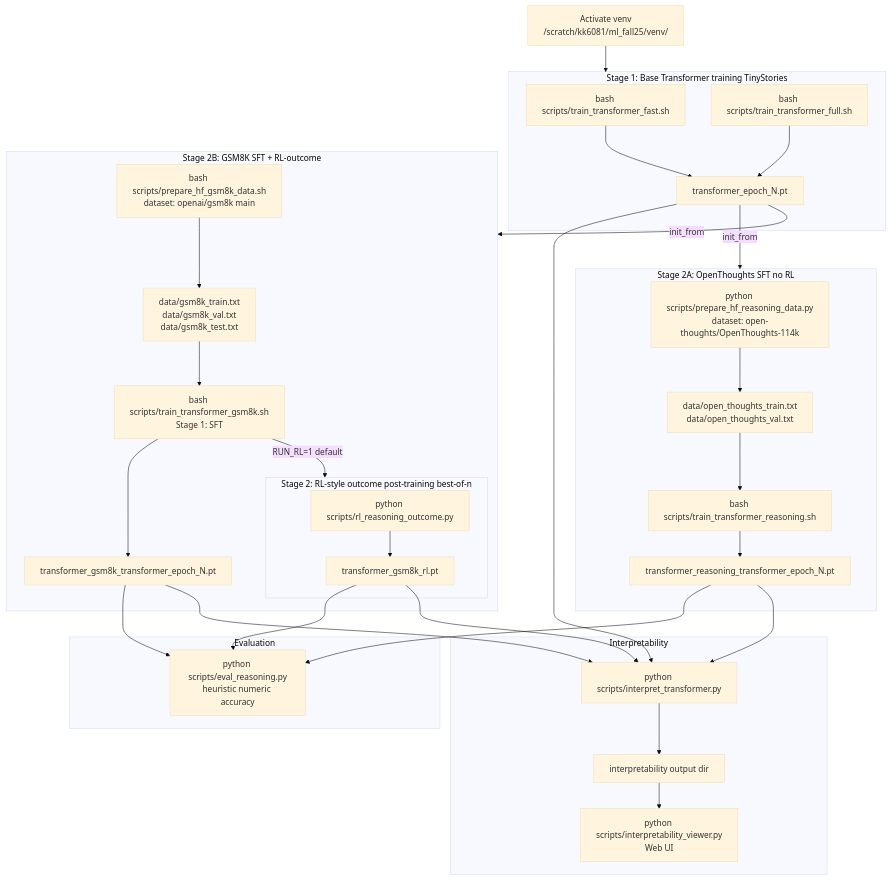
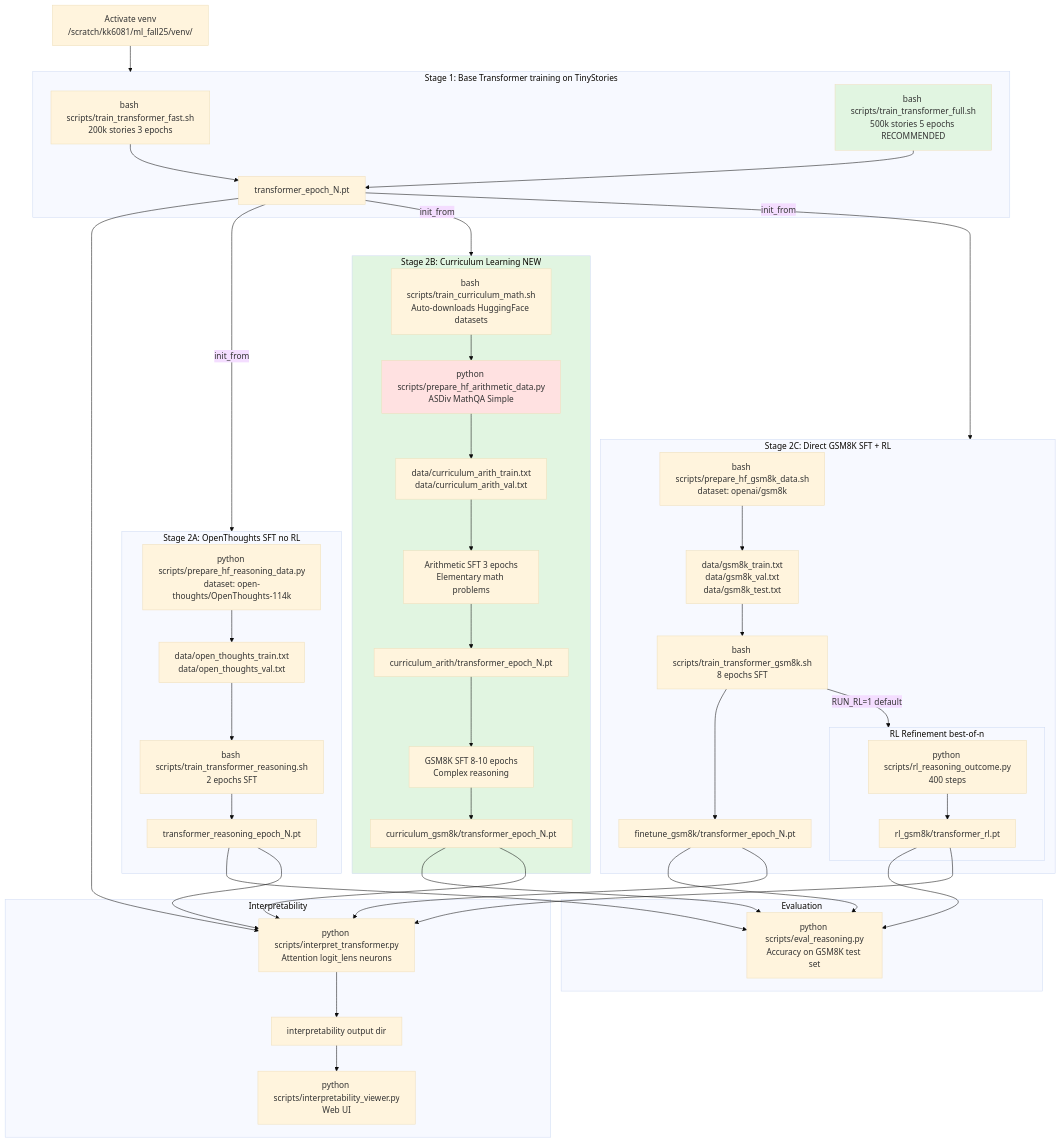
One commit to FruitPnchSamuraiG/pico-llm changed the diagram in README.md. Above: the diagram before and after it, drawn with Mermaid (base theme). The commit also changed other lines of this file, not shown here.

````diff
--- a/README.md
+++ b/README.md
@@ -10,47 +10,66 @@
 ```mermaid
 flowchart TD
   VENV[Activate venv<br/>/scratch/kk6081/ml_fall25/venv/] --> BASE
 
-  subgraph BASE["Stage 1: Base Transformer training TinyStories"]
-    TFAST[bash scripts/train_transformer_fast.sh] --> CKPT1[transformer_epoch_N.pt]
-    TFULL[bash scripts/train_transformer_full.sh] --> CKPT1
+  subgraph BASE["Stage 1: Base Transformer training on TinyStories"]
+    TFAST[bash scripts/train_transformer_fast.sh<br/>200k stories 3 epochs]
+    TFULL[bash scripts/train_transformer_full.sh<br/>500k stories 5 epochs RECOMMENDED]
+    TFAST --> CKPT1[transformer_epoch_N.pt]
+    TFULL --> CKPT1
   end
 
   CKPT1 -->|init_from| OT
+  CKPT1 -->|init_from| CURR
   CKPT1 -->|init_from| GSM
 
   subgraph OT["Stage 2A: OpenThoughts SFT no RL"]
     OTDATA[python scripts/prepare_hf_reasoning_data.py<br/>dataset: open-thoughts/OpenThoughts-114k] --> OTFILES[data/open_thoughts_train.txt<br/>data/open_thoughts_val.txt]
-    OTSFT[bash scripts/train_transformer_reasoning.sh] --> OTCKPT[transformer_reasoning_transformer_epoch_N.pt]
+    OTSFT[bash scripts/train_transformer_reasoning.sh<br/>2 epochs SFT] --> OTCKPT[transformer_reasoning_epoch_N.pt]
     OTFILES --> OTSFT
   end
 
-  subgraph GSM["Stage 2B: GSM8K SFT + RL-outcome"]
-    GSM_PREP[bash scripts/prepare_hf_gsm8k_data.sh<br/>dataset: openai/gsm8k main] --> GSMFILES[data/gsm8k_train.txt<br/>data/gsm8k_val.txt<br/>data/gsm8k_test.txt]
-    GSMSFT[bash scripts/train_transformer_gsm8k.sh<br/>Stage 1: SFT] --> GSMCKPT[transformer_gsm8k_transformer_epoch_N.pt]
+  subgraph CURR["Stage 2B: Curriculum Learning NEW"]
+    CURDATA[bash scripts/train_curriculum_math.sh<br/>Auto-downloads HuggingFace datasets]
+    CURDATA --> ARITHDATA[python scripts/prepare_hf_arithmetic_data.py<br/>ASDiv MathQA Simple]
+    ARITHDATA --> ARITHFILES[data/curriculum_arith_train.txt<br/>data/curriculum_arith_val.txt]
+    ARITHFILES --> ARITHSFT[Arithmetic SFT 3 epochs<br/>Elementary math problems]
+    ARITHSFT --> ARITHCKPT[curriculum_arith/transformer_epoch_N.pt]
+    ARITHCKPT --> CURRGSM[GSM8K SFT 8-10 epochs<br/>Complex reasoning]
+    CURRGSM --> CURRCKPT[curriculum_gsm8k/transformer_epoch_N.pt]
+  end
+
+  subgraph GSM["Stage 2C: Direct GSM8K SFT + RL"]
+    GSM_PREP[bash scripts/prepare_hf_gsm8k_data.sh<br/>dataset: openai/gsm8k] --> GSMFILES[data/gsm8k_train.txt<br/>data/gsm8k_val.txt<br/>data/gsm8k_test.txt]
+    GSMSFT[bash scripts/train_transformer_gsm8k.sh<br/>8 epochs SFT] --> GSMCKPT[finetune_gsm8k/transformer_epoch_N.pt]
     GSMFILES --> GSMSFT
 
     GSMSFT -->|RUN_RL=1 default| RLOUT
-    subgraph RLOUT["Stage 2: RL-style outcome post-training best-of-n"]
-      RL[python scripts/rl_reasoning_outcome.py] --> RLCKPT[transformer_gsm8k_rl.pt]
+    subgraph RLOUT["RL Refinement best-of-n"]
+      RL[python scripts/rl_reasoning_outcome.py<br/>400 steps] --> RLCKPT[rl_gsm8k/transformer_rl.pt]
     end
   end
 
   subgraph EVAL["Evaluation"]
-    E1[python scripts/eval_reasoning.py<br/>heuristic numeric accuracy]
+    E1[python scripts/eval_reasoning.py<br/>Accuracy on GSM8K test set]
   end
 
   OTCKPT --> E1
+  CURRCKPT --> E1
   GSMCKPT --> E1
   RLCKPT --> E1
 
   subgraph INTERP["Interpretability"]
-    IT[python scripts/interpret_transformer.py] --> IOUT[interpretability output dir]
+    IT[python scripts/interpret_transformer.py<br/>Attention logit_lens neurons] --> IOUT[interpretability output dir]
     IOUT --> VIEW[python scripts/interpretability_viewer.py<br/>Web UI]
   end
 
   CKPT1 --> IT
   OTCKPT --> IT
+  CURRCKPT --> IT
   GSMCKPT --> IT
   RLCKPT --> IT
+
+  style CURR fill:#e1f5e1
+  style TFULL fill:#e1f5e1
+  style ARITHDATA fill:#ffe1e1
 ```
````
